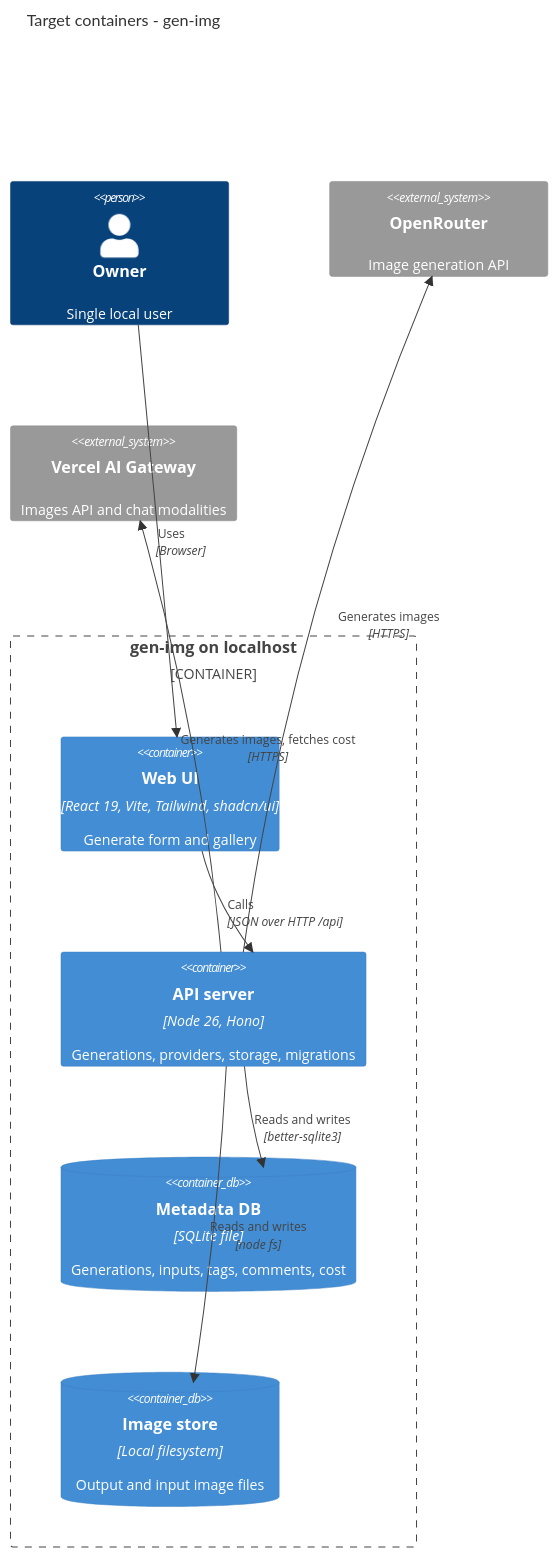
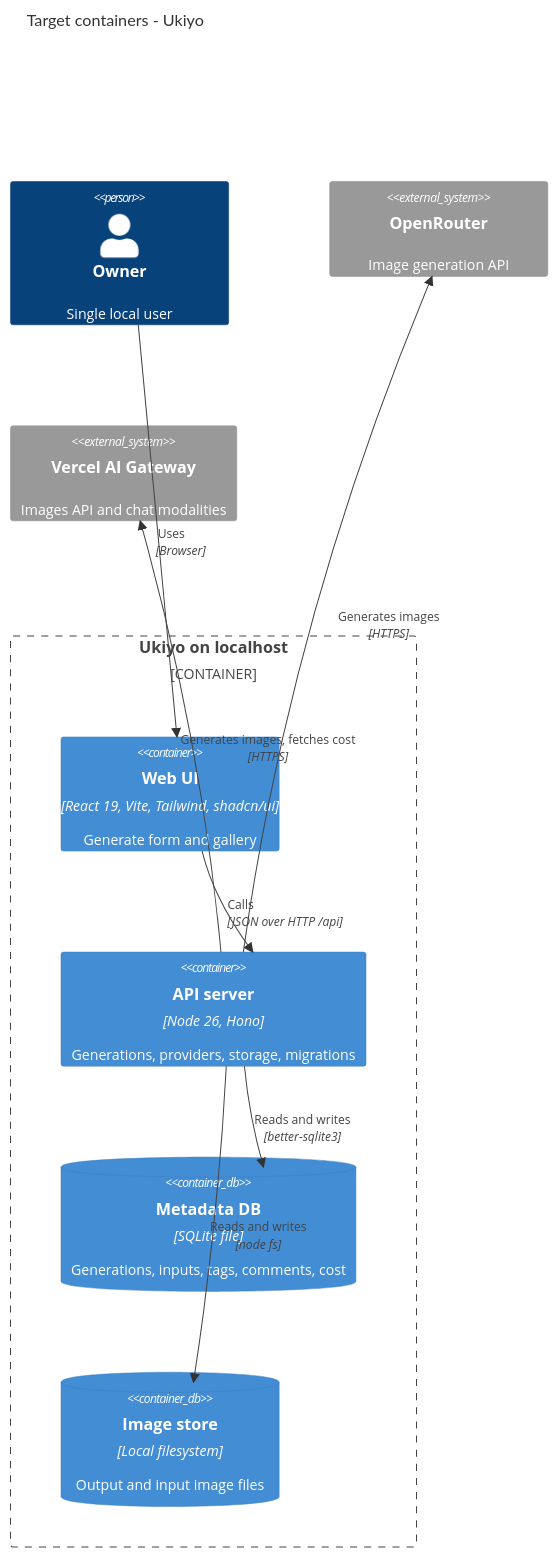
The diagram in docs/architecture-map.md (GopkoDev/gen-img), drawn with Mermaid before and after one commit. The commit also changed other lines of this file and 22 other files, not shown here.

````diff
--- a/docs/architecture-map.md
+++ b/docs/architecture-map.md
@@ -57,19 +57,19 @@
 ```mermaid
 C4Container
-    title Target containers - gen-img
+    title Target containers - Ukiyo
     Person(owner, "Owner", "Single local user")
     System_Ext(openrouter, "OpenRouter", "Image generation API")
     System_Ext(vercel, "Vercel AI Gateway", "Images API and chat modalities")
-    Container_Boundary(app, "gen-img on localhost") {
+    Container_Boundary(app, "Ukiyo on localhost") {
         Container(web, "Web UI", "React 19, Vite, Tailwind, shadcn/ui", "Generate form and gallery")
         Container(server, "API server", "Node 26, Hono", "Generations, providers, storage, migrations")
         ContainerDb(db, "Metadata DB", "SQLite file", "Generations, inputs, tags, comments, cost")
         ContainerDb(files, "Image store", "Local filesystem", "Output and input image files")
     }
     Rel(owner, web, "Uses", "Browser")
     Rel(web, server, "Calls", "JSON over HTTP /api")
     Rel(server, db, "Reads and writes", "better-sqlite3")
     Rel(server, files, "Reads and writes", "node fs")
     Rel(server, openrouter, "Generates images", "HTTPS")
     Rel(server, vercel, "Generates images, fetches cost", "HTTPS")
 ```
````
